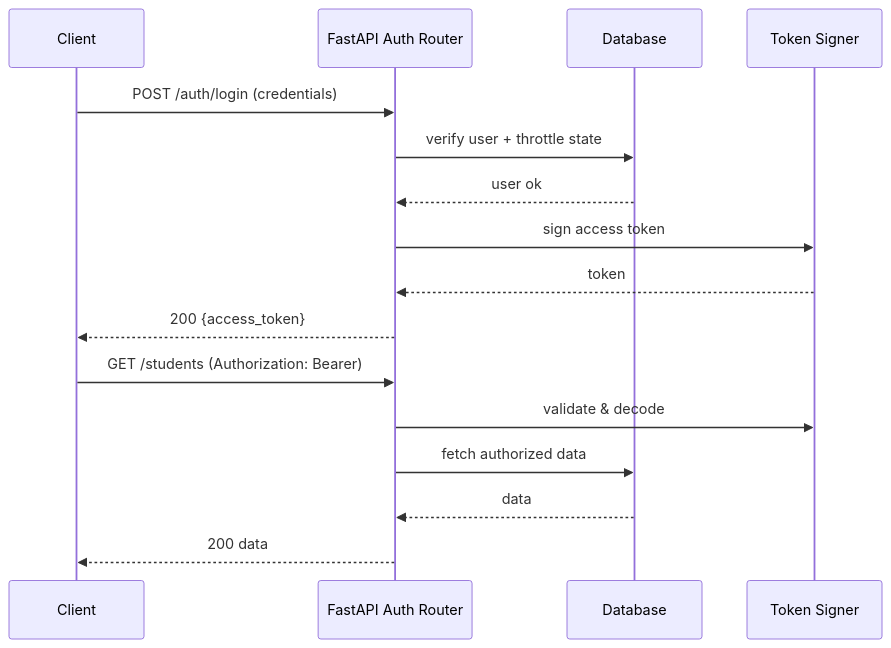
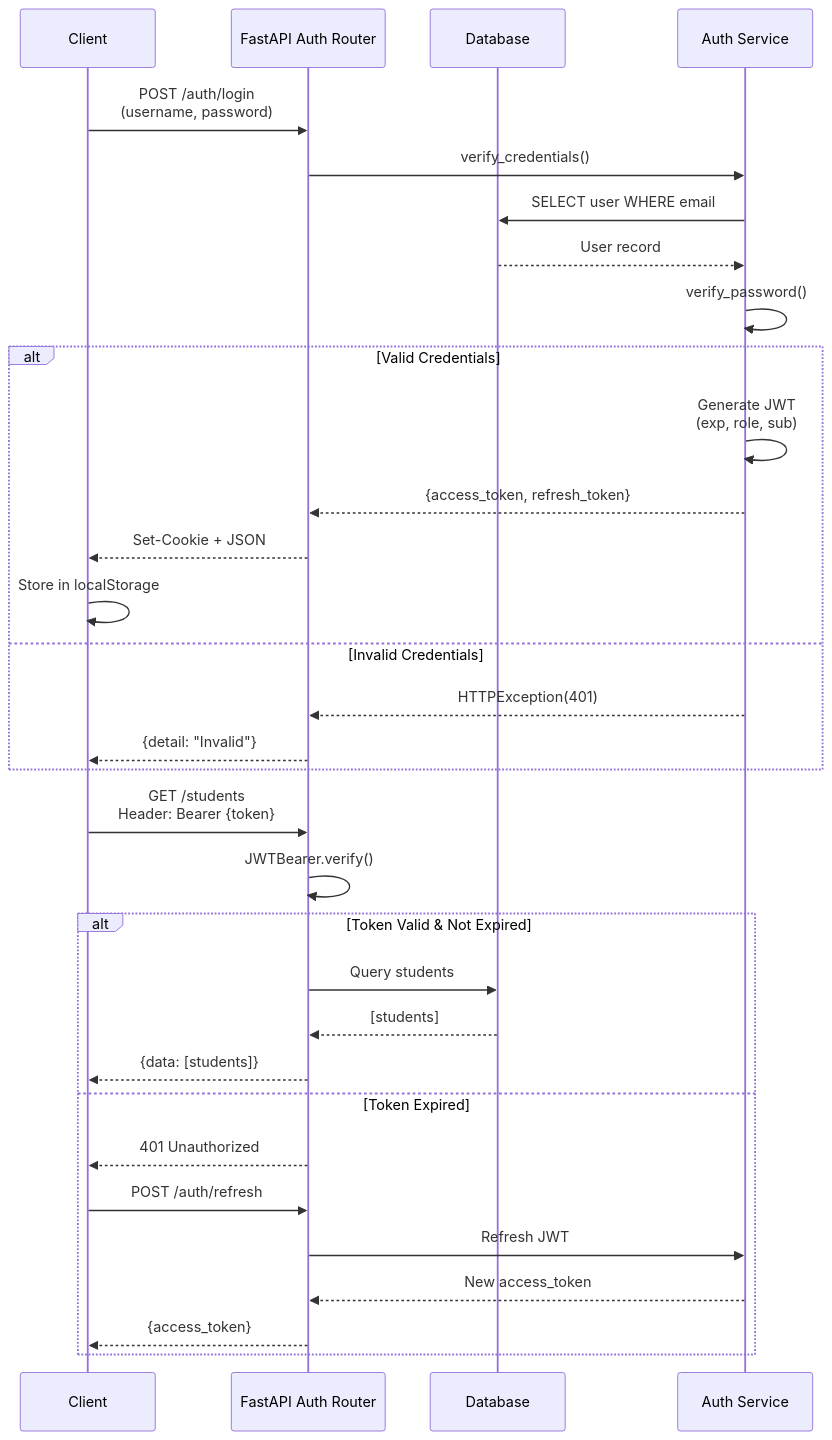
One commit to bs1gr/AUT_MIEEK_SMS changed the fourth of 14 diagrams in docs/development/ARCHITECTURE_DIAGRAMS.md. Above: the diagram before and after it, drawn with Mermaid. The commit also changed other lines of this file and 1 other file, not shown here.

````diff
--- a/docs/development/ARCHITECTURE_DIAGRAMS.md
+++ b/docs/development/ARCHITECTURE_DIAGRAMS.md
@@ -47,19 +110,38 @@
 ```mermaid
 sequenceDiagram
   participant Client
   participant API as FastAPI Auth Router
   participant DB as Database
-  participant JWT as Token Signer
-
-  Client->>API: POST /auth/login (credentials)
-  API->>DB: verify user + throttle state
-  DB-->>API: user ok
-  API->>JWT: sign access token
-  JWT-->>API: token
-  API-->>Client: 200 {access_token}
-  Client->>API: GET /students (Authorization: Bearer)
-  API->>JWT: validate & decode
-  API->>DB: fetch authorized data
-  DB-->>API: data
-  API-->>Client: 200 data
+  participant Auth as Auth Service
+  
+  Client->>API: POST /auth/login<br/>(username, password)
+  API->>Auth: verify_credentials()
+  Auth->>DB: SELECT user WHERE email
+  DB-->>Auth: User record
+  Auth->>Auth: verify_password()
+  
+  alt Valid Credentials
+    Auth->>Auth: Generate JWT<br/>(exp, role, sub)
+    Auth-->>API: {access_token, refresh_token}
+    API-->>Client: Set-Cookie + JSON
+    Client->>Client: Store in localStorage
+  else Invalid Credentials
+    Auth-->>API: HTTPException(401)
+    API-->>Client: {detail: "Invalid"}
+  end
+  
+  Client->>API: GET /students<br/>Header: Bearer {token}
+  API->>API: JWTBearer.verify()
+  
+  alt Token Valid & Not Expired
+    API->>DB: Query students
+    DB-->>API: [students]
+    API-->>Client: {data: [students]}
+  else Token Expired
+    API-->>Client: 401 Unauthorized
+    Client->>API: POST /auth/refresh
+    API->>Auth: Refresh JWT
+    Auth-->>API: New access_token
+    API-->>Client: {access_token}
+  end
 ```
````
